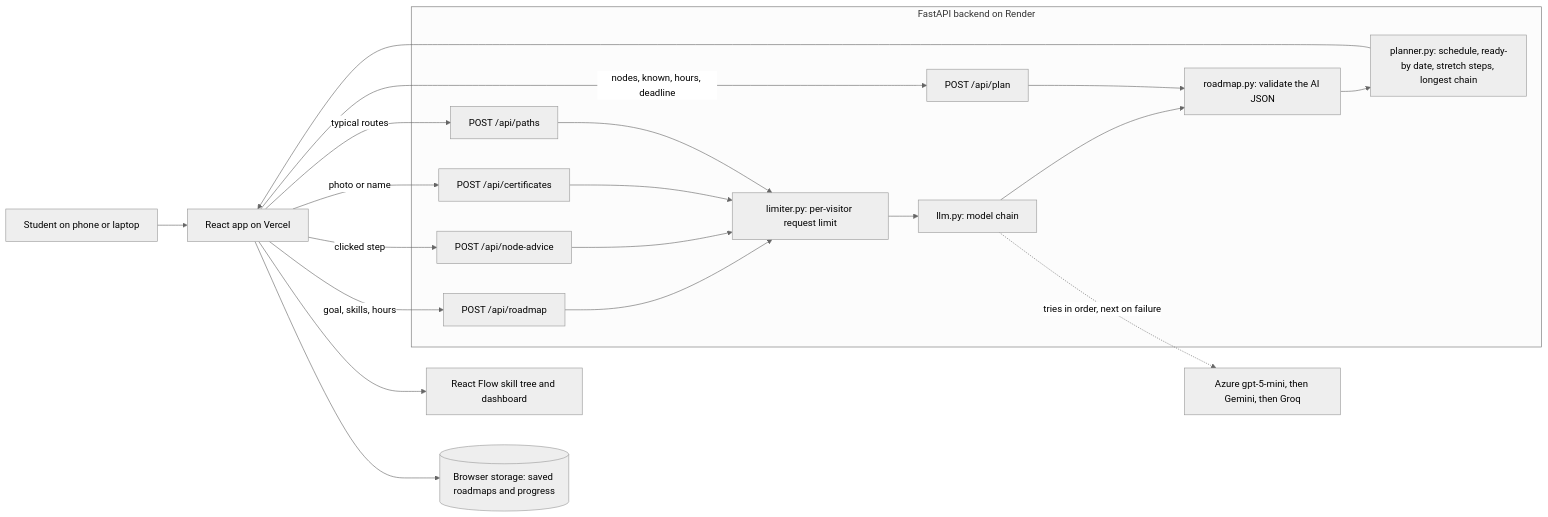
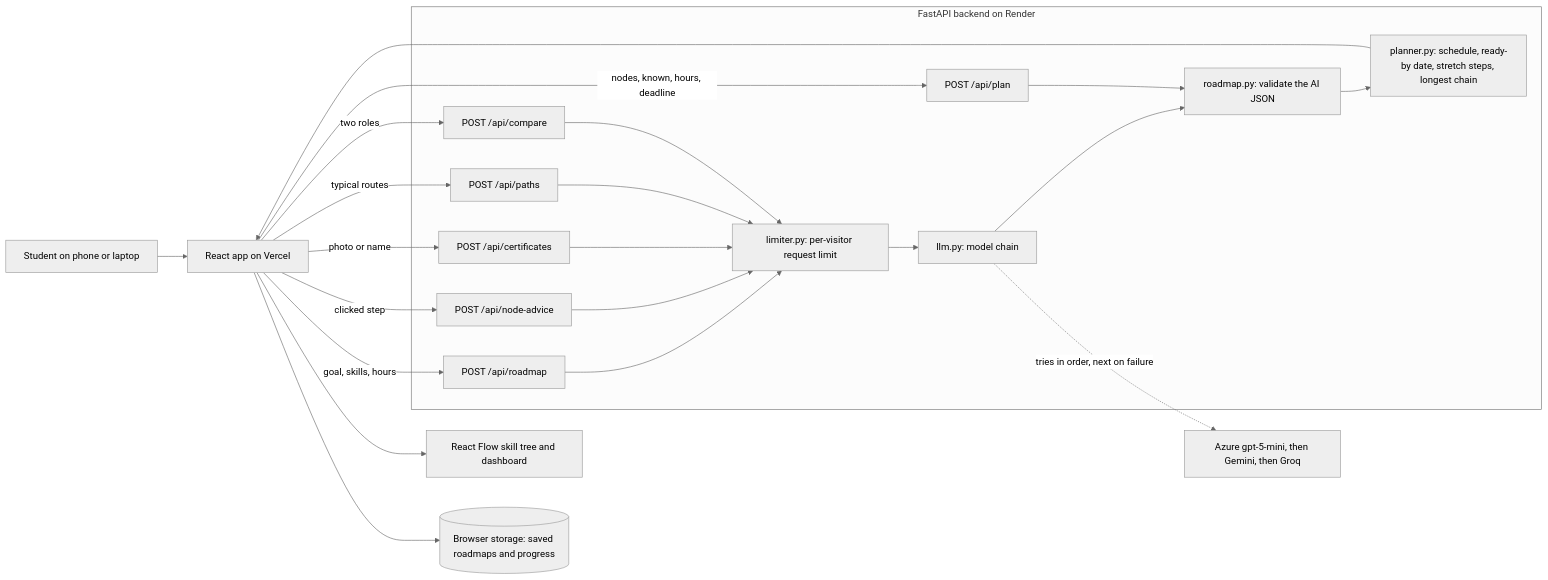
One commit to Aaliya-lynx/careermap changed the diagram in README.md. Above: the diagram before and after it, drawn with Mermaid (neutral theme). The commit also changed other lines of this file and 6 other files, not shown here.

Commit message:
Add side-by-side comparison of two dream roles

````diff
--- a/README.md
+++ b/README.md
@@ -48,24 +47,26 @@
 ```mermaid
 flowchart LR
     U[Student on phone or laptop] --> F[React app on Vercel]
     F -->|goal, skills, hours| R[POST /api/roadmap]
     F -->|nodes, known, hours, deadline| P[POST /api/plan]
     F -->|clicked step| A[POST /api/node-advice]
     F -->|photo or name| C[POST /api/certificates]
     F -->|typical routes| T[POST /api/paths]
+    F -->|two roles| K[POST /api/compare]
     subgraph Backend [FastAPI backend on Render]
         L[limiter.py: per-visitor request limit]
         R --> L
         A --> L
         C --> L
         T --> L
+        K --> L
         L --> M[llm.py: model chain]
         M --> V[roadmap.py: validate the AI JSON]
         P --> V
         V --> PL[planner.py: schedule, ready-by date, stretch steps, longest chain]
     end
     M -. tries in order, next on failure .-> X[Azure gpt-5-mini, then Gemini, then Groq]
     PL --> F
     F --> G[React Flow skill tree and dashboard]
     F --> S[(Browser storage: saved roadmaps and progress)]
 ```
````
